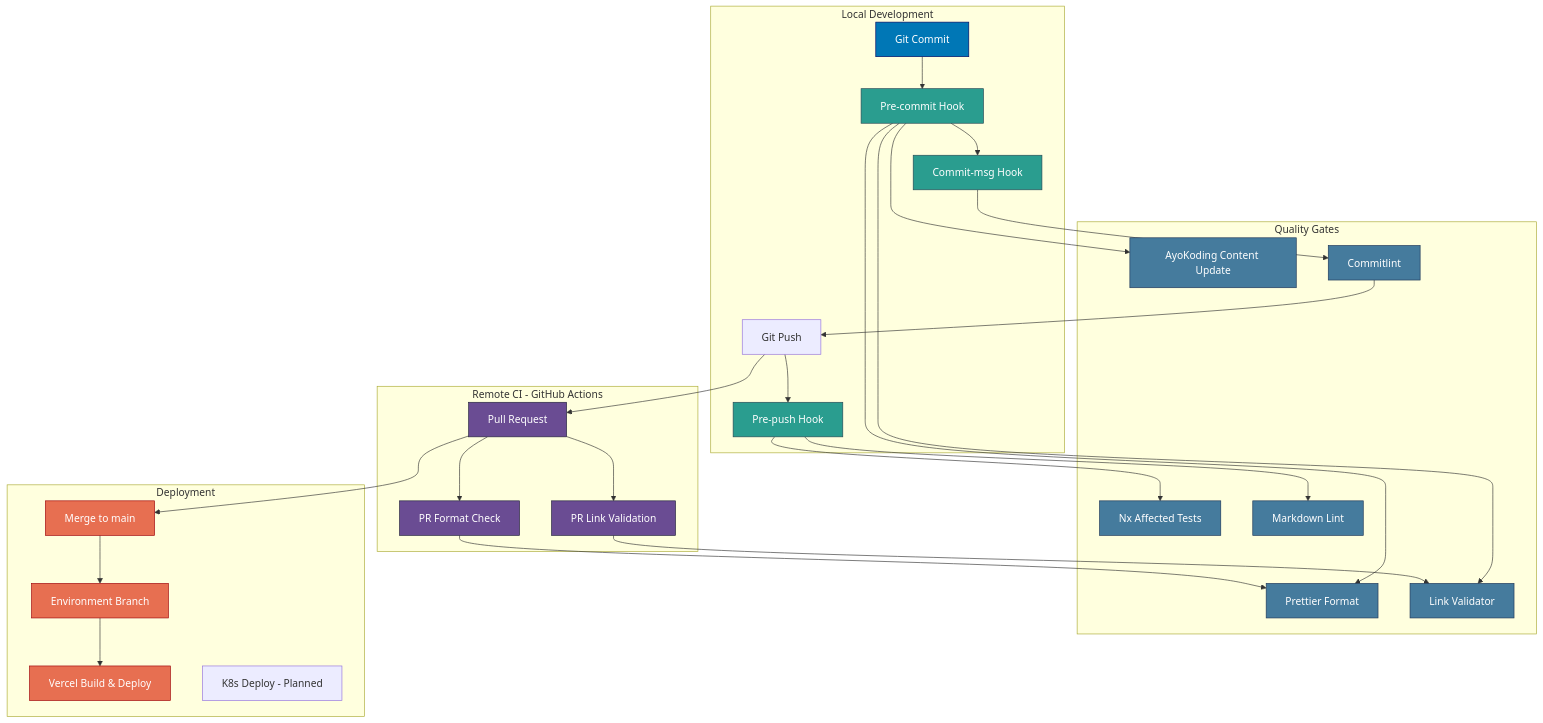
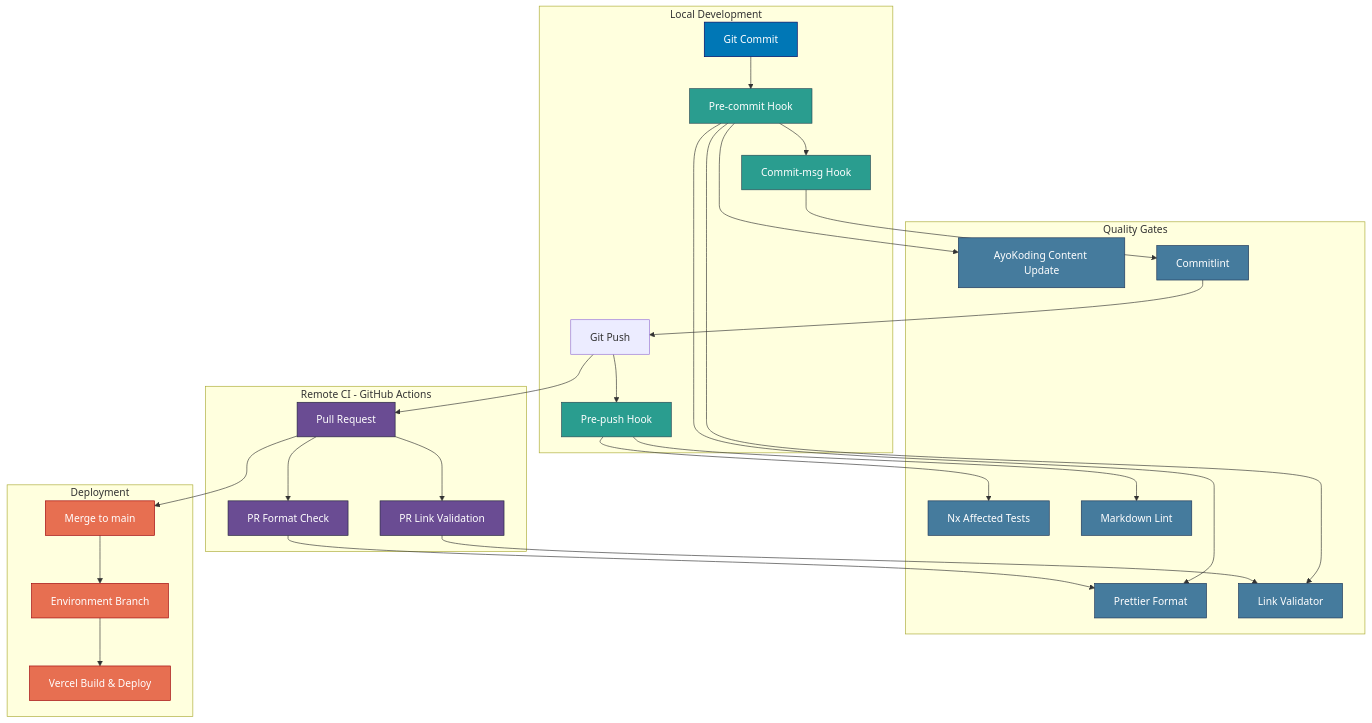
Diagram 12 of 13 in docs/reference/re__system-architecture.md (wahidyankf/open-sharia-enterprise), drawn with Mermaid before and after one commit.

Commit message:
docs(reference): remove final K8s deployment reference from CI/CD pipeline
Remove K8S_DEPLOY node from CI/CD Pipeline Overview diagram. This was a planned
deployment target for the Orca Grid suite which has been removed.

Refs: plans/done/2026-02-14__orca-grid-be-removal/

````diff
--- a/docs/reference/re__system-architecture.md
+++ b/docs/reference/re__system-architecture.md
@@ -710,73 +710,72 @@
 ```mermaid
 graph TB
     subgraph "Local Development"
         COMMIT[Git Commit]
         PRE_COMMIT[Pre-commit Hook]
         COMMIT_MSG[Commit-msg Hook]
         PUSH[Git Push]
         PRE_PUSH[Pre-push Hook]
     end
 
     subgraph "Remote CI - GitHub Actions"
         PR[Pull Request]
         FORMAT[PR Format Check]
         LINKS[PR Link Validation]
     end
 
     subgraph "Quality Gates"
         PRETTIER[Prettier Format]
         AYOKODING[AyoKoding Content Update]
         LINK_VAL[Link Validator]
         COMMITLINT[Commitlint]
         TEST_QUICK[Nx Affected Tests]
         MD_LINT[Markdown Lint]
     end
 
     subgraph "Deployment"
         MERGE[Merge to main]
         ENV_BRANCH[Environment Branch]
         VERCEL[Vercel Build & Deploy]
-        K8S_DEPLOY[K8s Deploy - Planned]
     end
 
     COMMIT --> PRE_COMMIT
     PRE_COMMIT --> AYOKODING
     PRE_COMMIT --> PRETTIER
     PRE_COMMIT --> LINK_VAL
     PRE_COMMIT --> COMMIT_MSG
 
     COMMIT_MSG --> COMMITLINT
     COMMITLINT --> PUSH
 
     PUSH --> PRE_PUSH
     PRE_PUSH --> TEST_QUICK
     PRE_PUSH --> MD_LINT
 
     PUSH --> PR
     PR --> FORMAT
     PR --> LINKS
 
     FORMAT --> PRETTIER
     LINKS --> LINK_VAL
 
     PR --> MERGE
     MERGE --> ENV_BRANCH
     ENV_BRANCH --> VERCEL
 
     style COMMIT fill:#0077b6,stroke:#03045e,color:#ffffff
     style PRE_COMMIT fill:#2a9d8f,stroke:#264653,color:#ffffff
     style COMMIT_MSG fill:#2a9d8f,stroke:#264653,color:#ffffff
     style PRE_PUSH fill:#2a9d8f,stroke:#264653,color:#ffffff
     style PR fill:#6a4c93,stroke:#22223b,color:#ffffff
     style FORMAT fill:#6a4c93,stroke:#22223b,color:#ffffff
     style LINKS fill:#6a4c93,stroke:#22223b,color:#ffffff
     style PRETTIER fill:#457b9d,stroke:#1d3557,color:#ffffff
     style AYOKODING fill:#457b9d,stroke:#1d3557,color:#ffffff
     style LINK_VAL fill:#457b9d,stroke:#1d3557,color:#ffffff
     style COMMITLINT fill:#457b9d,stroke:#1d3557,color:#ffffff
     style TEST_QUICK fill:#457b9d,stroke:#1d3557,color:#ffffff
     style MD_LINT fill:#457b9d,stroke:#1d3557,color:#ffffff
     style MERGE fill:#e76f51,stroke:#9d0208,color:#ffffff
     style ENV_BRANCH fill:#e76f51,stroke:#9d0208,color:#ffffff
     style VERCEL fill:#e76f51,stroke:#9d0208,color:#ffffff
 ```
````
